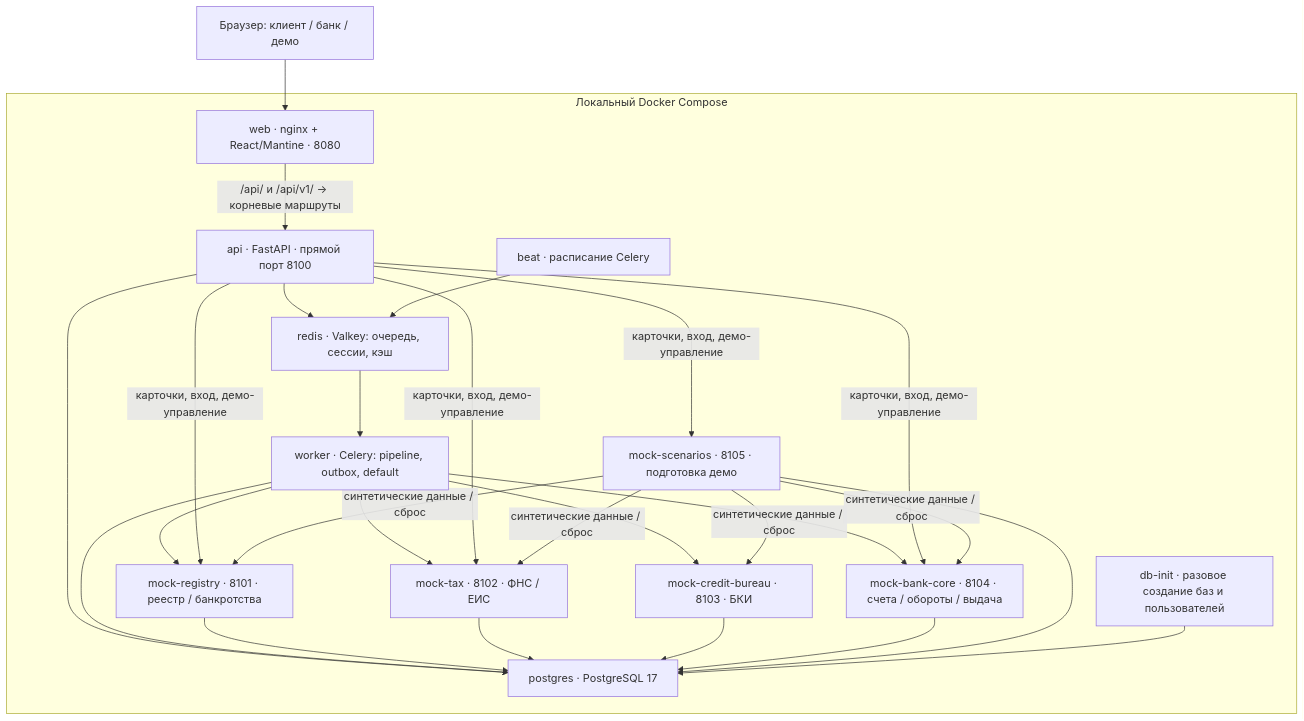
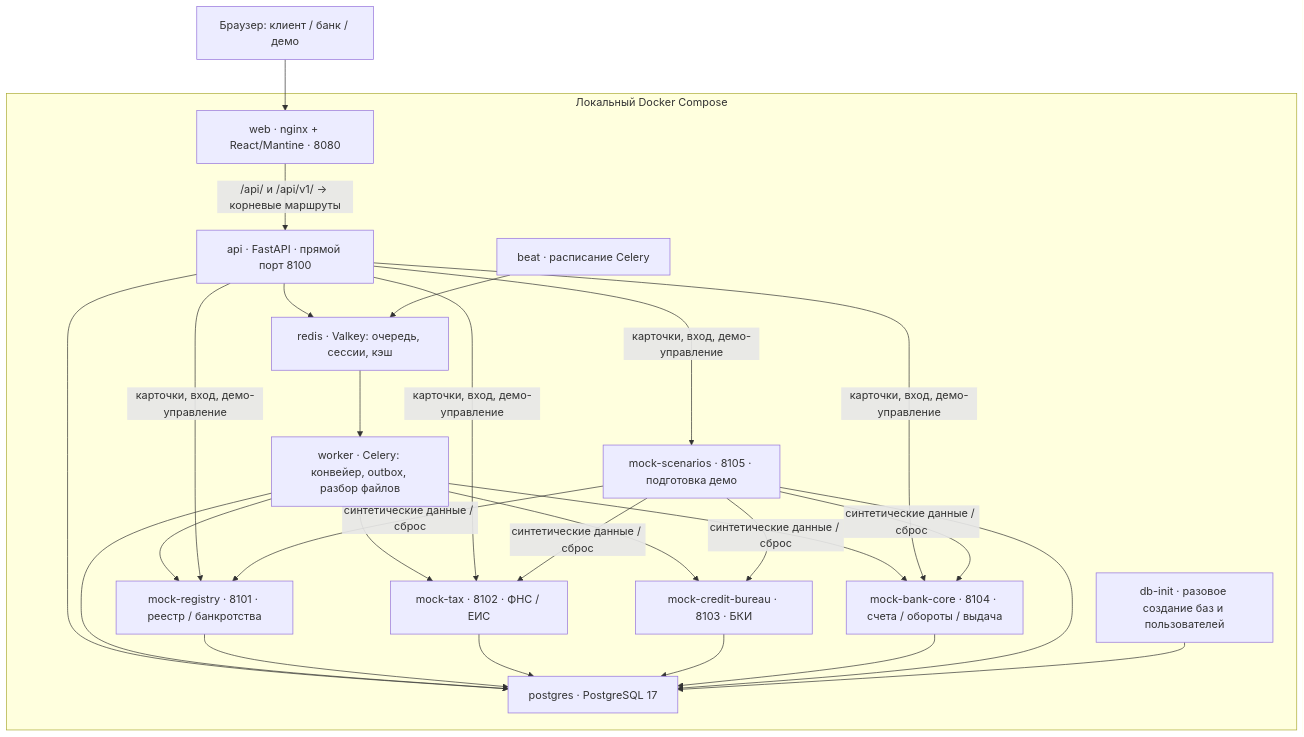
One commit to kirillmitlow/smart-credit-cabinet changed the diagram in docs/architecture/architecture.md. Above: the diagram before and after it, drawn with Mermaid. The commit also changed other lines of this file and 8 other files, not shown here.

````diff
--- a/docs/architecture/architecture.md
+++ b/docs/architecture/architecture.md
@@ -7,30 +5,30 @@
 ```mermaid
 flowchart TB
     browser["Браузер: клиент / банк / демо"]
     subgraph stand["Локальный Docker Compose"]
         web["web · nginx + React/Mantine · 8080"]
         api["api · FastAPI · прямой порт 8100"]
-        worker["worker · Celery: pipeline, outbox, default"]
+        worker["worker · Celery: конвейер, outbox, разбор файлов"]
         beat["beat · расписание Celery"]
         redis["redis · Valkey: очередь, сессии, кэш"]
         postgres["postgres · PostgreSQL 17"]
         init["db-init · разовое создание баз и пользователей"]
         registry["mock-registry · 8101 · реестр / банкротства"]
         tax["mock-tax · 8102 · ФНС / ЕИС"]
         bki["mock-credit-bureau · 8103 · БКИ"]
         core["mock-bank-core · 8104 · счета / обороты / выдача"]
         scenarios["mock-scenarios · 8105 · подготовка демо"]
     end
     browser --> web
     web -->|"/api/ и /api/v1/ → корневые маршруты"| api
     api --> postgres
     api --> redis
     beat --> redis
     redis --> worker
     worker --> postgres
     worker --> registry & tax & bki & core
     api -->|"карточки, вход, демо-управление"| registry & tax & core & scenarios
     scenarios -->|"синтетические данные / сброс"| registry & tax & bki & core
     registry & tax & bki & core & scenarios --> postgres
     init --> postgres
 ```
````
